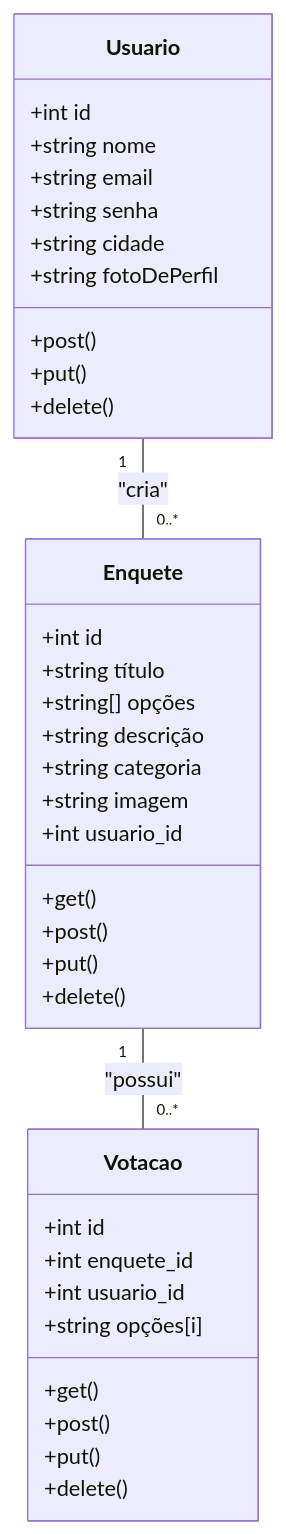
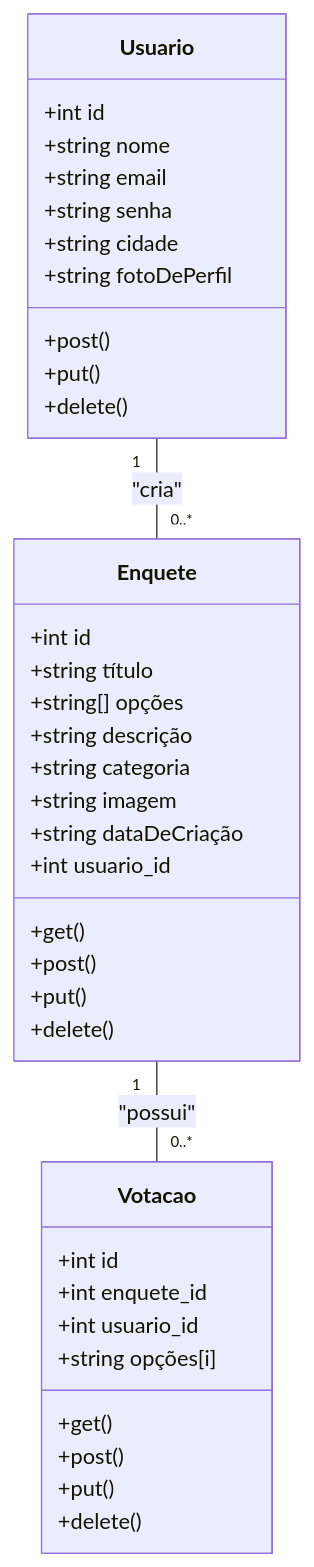
The second of 4 diagrams in README.md (epicestudar/Votefy), drawn with Mermaid before and after one commit.

````diff
--- a/README.md
+++ b/README.md
@@ -119,43 +119,44 @@
 ```mermaid
 classDiagram
     class Usuario {
         +int id
         +string nome
         +string email
         +string senha
         +string cidade
         +string fotoDePerfil
         +post()
         +put()
         +delete()
     }
 
     class Enquete {
         +int id
         +string título
         +string[] opções
         +string descrição
         +string categoria
         +string imagem
+        +string dataDeCriação
         +int usuario_id
         +get()
         +post()
         +put()
         +delete()
     }
 
     class Votacao {
         +int id
         +int enquete_id
         +int usuario_id
         +string opções[i]
         +get()
         +post()
         +put()
         +delete()
     }
 
     Usuario "1" -- "0..*" Enquete : "cria"
     Enquete "1" -- "0..*" Votacao : "possui"
 
 ```
````
